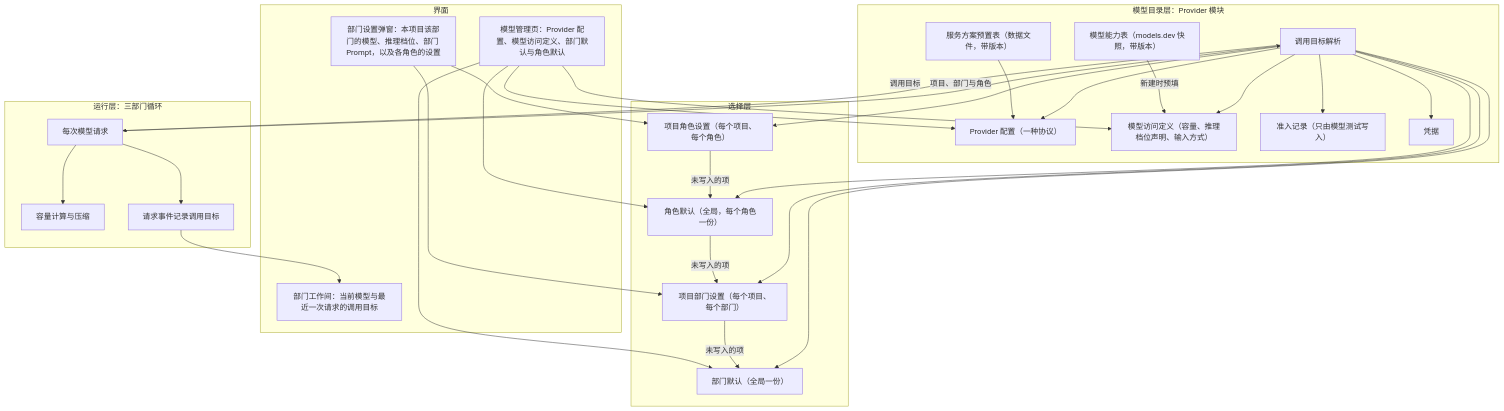
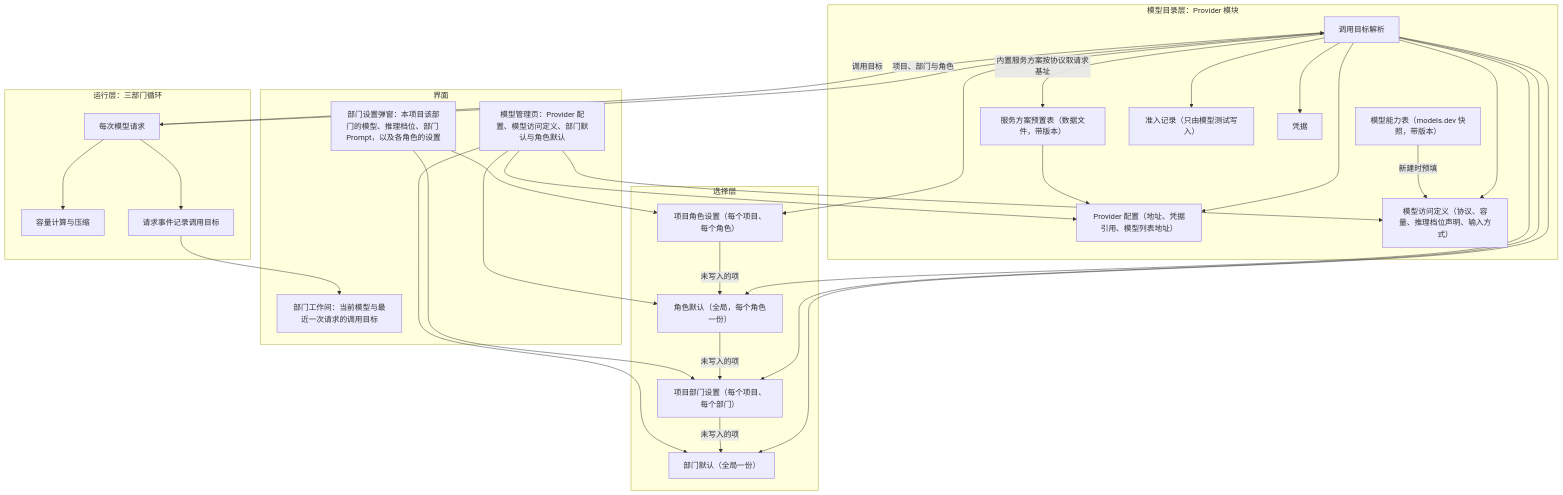
One commit to bender2333/yudao changed the first of 4 diagrams in docs/design/model-management.md. Above: the diagram before and after it, drawn with Mermaid. The commit also changed other lines of this file and 17 other files, not shown here.

````diff
--- a/docs/design/model-management.md
+++ b/docs/design/model-management.md
@@ -31,52 +31,53 @@
 ```mermaid
 flowchart TB
   subgraph UI["界面"]
     MM["模型管理页：Provider 配置、模型访问定义、部门默认与角色默认"]
     DS["部门设置弹窗：本项目该部门的模型、推理档位、部门 Prompt，以及各角色的设置"]
     Room["部门工作间：当前模型与最近一次请求的调用目标"]
   end
   subgraph Select["选择层"]
     Default["部门默认（全局一份）"]
     ProjectSet["项目部门设置（每个项目、每个部门）"]
     RoleDefault["角色默认（全局，每个角色一份）"]
     ProjectRole["项目角色设置（每个项目、每个角色）"]
   end
   subgraph Catalog["模型目录层：Provider 模块"]
     Presets["服务方案预置表（数据文件，带版本）"]
     Caps["模型能力表（models.dev 快照，带版本）"]
-    Conn["Provider 配置（一种协议）"]
-    Def["模型访问定义（容量、推理档位声明、输入方式）"]
+    Conn["Provider 配置（地址、凭据引用、模型列表地址）"]
+    Def["模型访问定义（协议、容量、推理档位声明、输入方式）"]
     Adm["准入记录（只由模型测试写入）"]
     Cred["凭据"]
     Resolve["调用目标解析"]
   end
   subgraph Run["运行层：三部门循环"]
     Req["每次模型请求"]
     Cap["容量计算与压缩"]
     Audit["请求事件记录调用目标"]
   end
   MM --> Conn
   MM --> Def
   MM --> Default
   MM --> RoleDefault
   DS --> ProjectSet
   DS --> ProjectRole
   Presets --> Conn
   Caps -->|"新建时预填"| Def
   ProjectRole -->|"未写入的项"| RoleDefault
   RoleDefault -->|"未写入的项"| ProjectSet
   ProjectSet -->|"未写入的项"| Default
   Req -->|"项目、部门与角色"| Resolve
   Resolve --> ProjectRole
   Resolve --> RoleDefault
   Resolve --> ProjectSet
   Resolve --> Default
   Resolve --> Def
   Resolve --> Adm
   Resolve --> Cred
   Resolve --> Conn
+  Resolve -->|"内置服务方案按协议取请求基址"| Presets
   Resolve -->|"调用目标"| Req
   Req --> Cap
   Req --> Audit
   Audit --> Room
 ```
````
